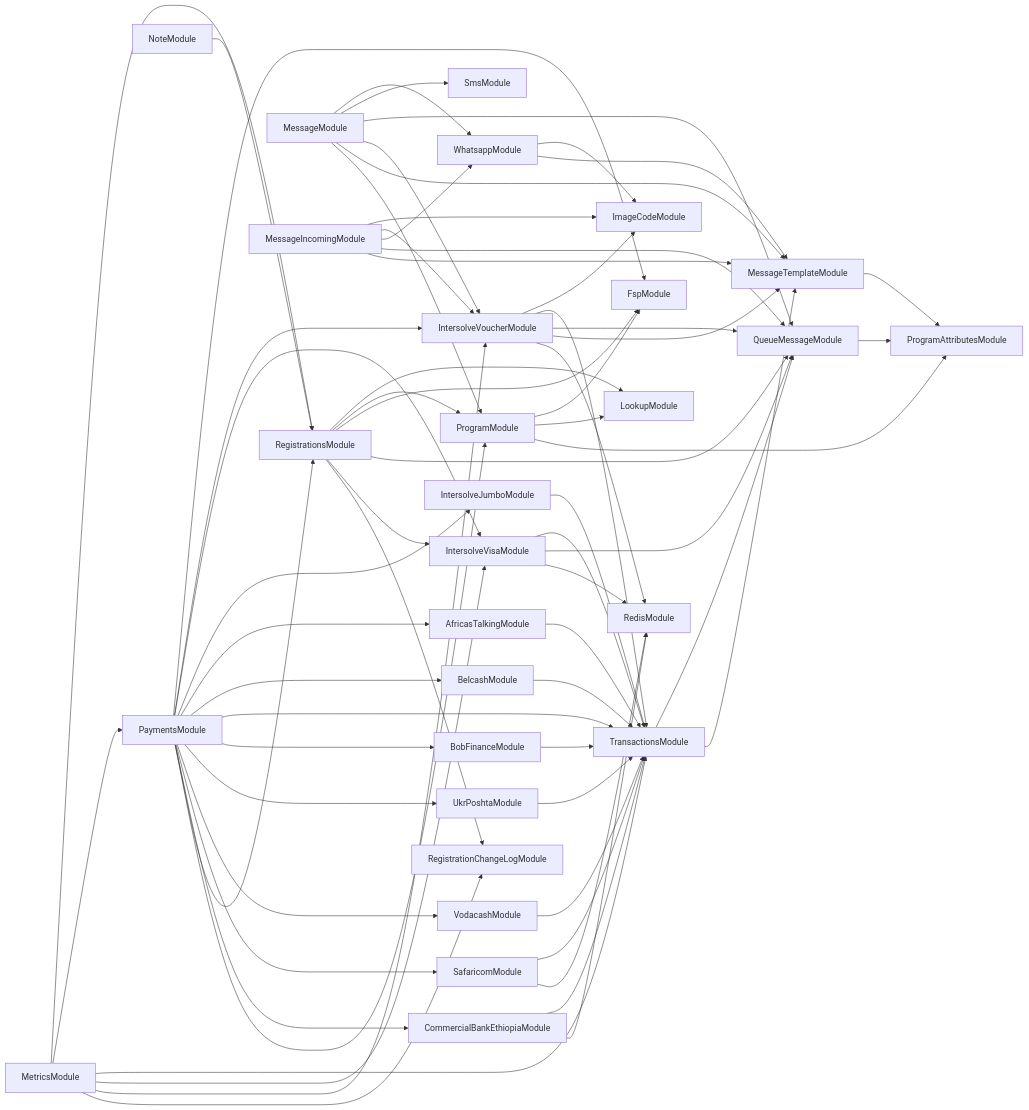
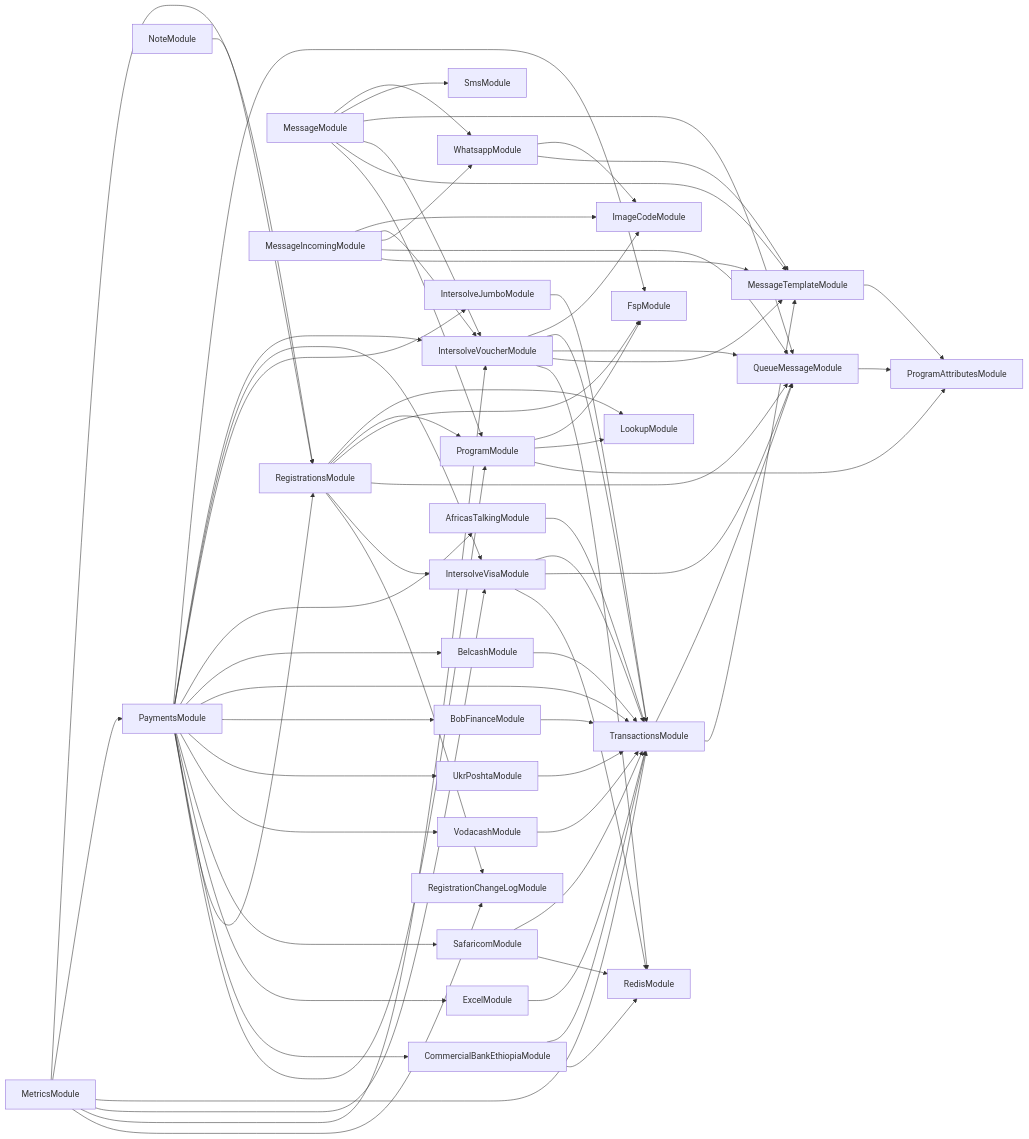
One commit to global-121/121-platform changed the diagram in services/121-service/module-dependencies.md. Above: the diagram before and after it, drawn with Mermaid. The commit also changed 5 other files, not shown here.

Commit message:
feat: create excel module AB#26209

````diff
--- a/services/121-service/module-dependencies.md
+++ b/services/121-service/module-dependencies.md
@@ -3,68 +3,70 @@
 ```mermaid
 graph LR
   ProgramModule-->FspModule
   ProgramModule-->LookupModule
   ProgramModule-->ProgramAttributesModule
   MessageTemplateModule-->ProgramAttributesModule
   RegistrationsModule-->LookupModule
   RegistrationsModule-->ProgramModule
   RegistrationsModule-->FspModule
   RegistrationsModule-->QueueMessageModule
   QueueMessageModule-->ProgramAttributesModule
   RegistrationsModule-->IntersolveVisaModule
   IntersolveVisaModule-->TransactionsModule
   TransactionsModule-->QueueMessageModule
   TransactionsModule-->MessageTemplateModule
   IntersolveVisaModule-->QueueMessageModule
   IntersolveVisaModule-->RedisModule
   RegistrationsModule-->RegistrationChangeLogModule
   MessageModule-->WhatsappModule
   WhatsappModule-->ImageCodeModule
   WhatsappModule-->MessageTemplateModule
   MessageModule-->SmsModule
   MessageModule-->QueueMessageModule
   MessageModule-->IntersolveVoucherModule
   IntersolveVoucherModule-->ImageCodeModule
   IntersolveVoucherModule-->TransactionsModule
   IntersolveVoucherModule-->QueueMessageModule
   IntersolveVoucherModule-->MessageTemplateModule
   IntersolveVoucherModule-->RedisModule
   MessageModule-->MessageTemplateModule
   MessageModule-->ProgramModule
   MetricsModule-->RegistrationsModule
   MetricsModule-->PaymentsModule
   PaymentsModule-->FspModule
   PaymentsModule-->IntersolveVoucherModule
   PaymentsModule-->IntersolveVisaModule
   PaymentsModule-->IntersolveJumboModule
   IntersolveJumboModule-->TransactionsModule
   PaymentsModule-->AfricasTalkingModule
   AfricasTalkingModule-->TransactionsModule
   PaymentsModule-->BelcashModule
   BelcashModule-->TransactionsModule
   PaymentsModule-->TransactionsModule
   PaymentsModule-->BobFinanceModule
   BobFinanceModule-->TransactionsModule
   PaymentsModule-->UkrPoshtaModule
   UkrPoshtaModule-->TransactionsModule
   PaymentsModule-->VodacashModule
   VodacashModule-->TransactionsModule
   PaymentsModule-->SafaricomModule
   SafaricomModule-->TransactionsModule
   SafaricomModule-->RedisModule
+  PaymentsModule-->ExcelModule
+  ExcelModule-->TransactionsModule
   PaymentsModule-->CommercialBankEthiopiaModule
   CommercialBankEthiopiaModule-->TransactionsModule
   CommercialBankEthiopiaModule-->RedisModule
   PaymentsModule-->RegistrationsModule
   PaymentsModule-->ProgramModule
   MetricsModule-->TransactionsModule
   MetricsModule-->IntersolveVisaModule
   MetricsModule-->IntersolveVoucherModule
   MetricsModule-->RegistrationChangeLogModule
   MessageIncomingModule-->ImageCodeModule
   MessageIncomingModule-->IntersolveVoucherModule
   MessageIncomingModule-->WhatsappModule
   MessageIncomingModule-->QueueMessageModule
   MessageIncomingModule-->MessageTemplateModule
   NoteModule-->RegistrationsModule
 ```
````
